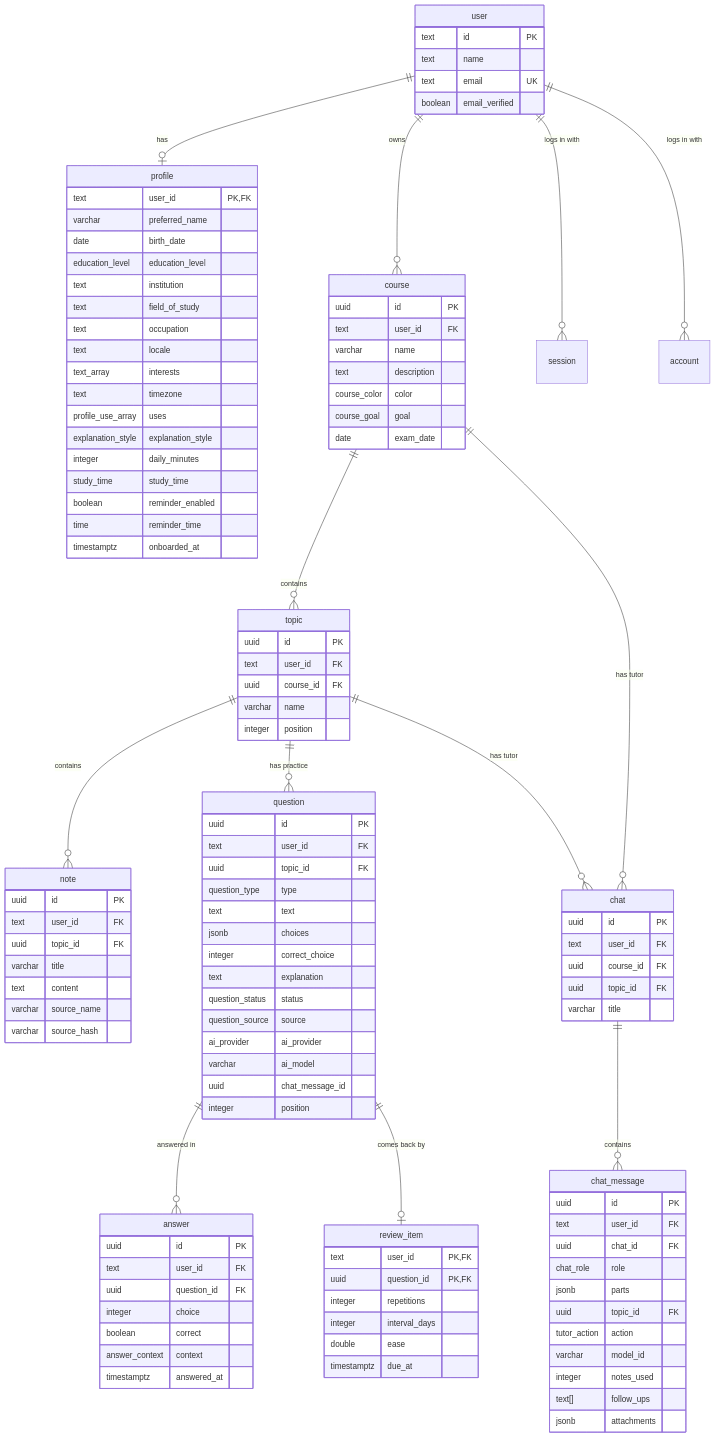
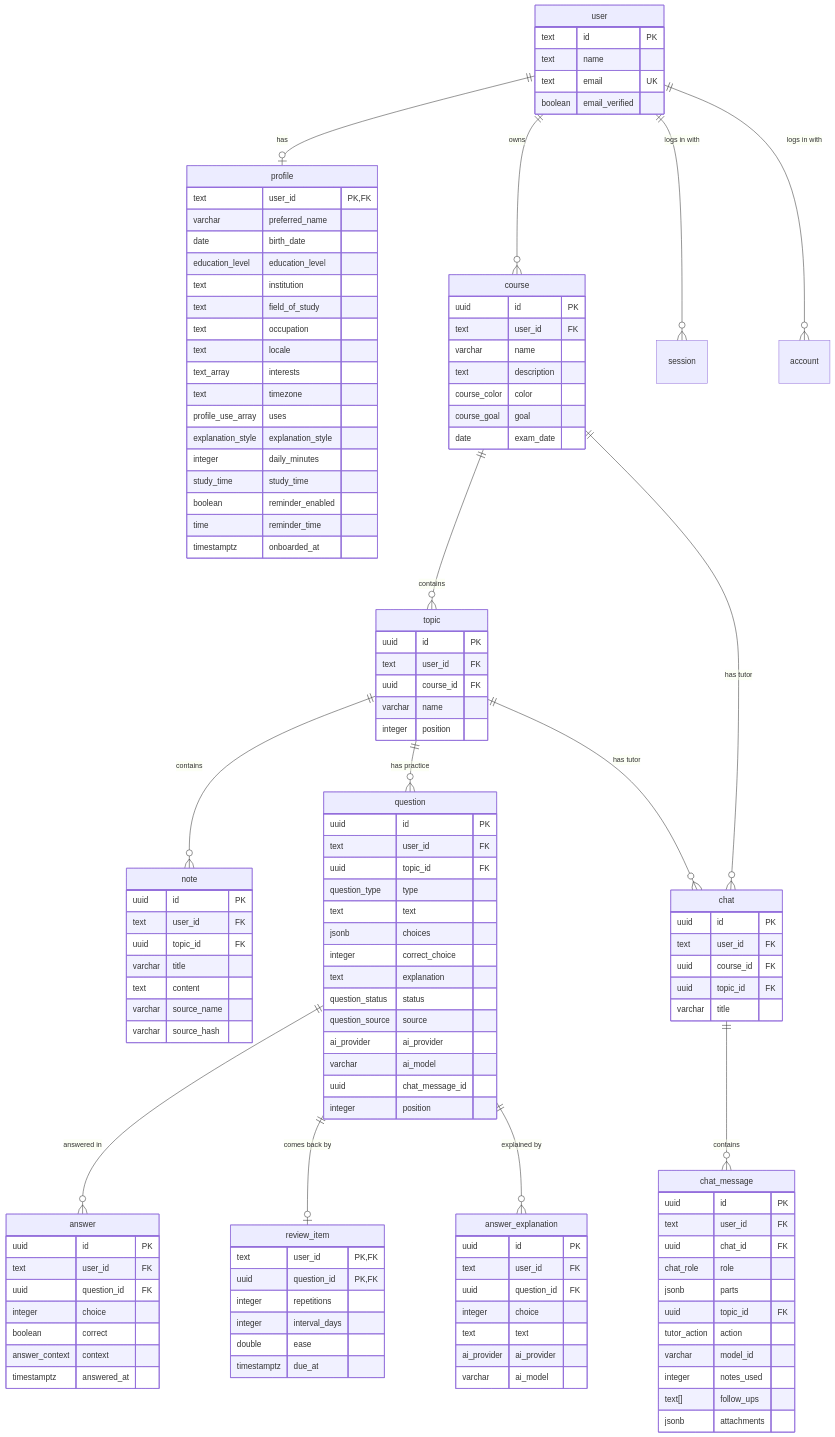
The diagram in docs/database.md (fyernald/orbi), drawn with Mermaid before and after one commit. The commit also changed other lines of this file and 21 other files, not shown here.

````diff
--- a/docs/database.md
+++ b/docs/database.md
@@ -13,6 +13,7 @@
     topic ||--o{ question : "has practice"
     question ||--o{ answer : "answered in"
     question ||--o| review_item : "comes back by"
+    question ||--o{ answer_explanation : "explained by"
     course ||--o{ chat : "has tutor"
     topic ||--o{ chat : "has tutor"
     chat ||--o{ chat_message : contains
@@ -122,4 +123,13 @@
         double ease
         timestamptz due_at
     }
+    answer_explanation {
+        uuid id PK
+        text user_id FK
+        uuid question_id FK
+        integer choice
+        text text
+        ai_provider ai_provider
+        varchar ai_model
+    }
 ```
````
